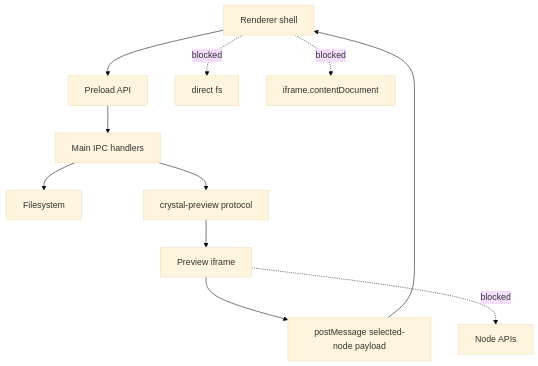
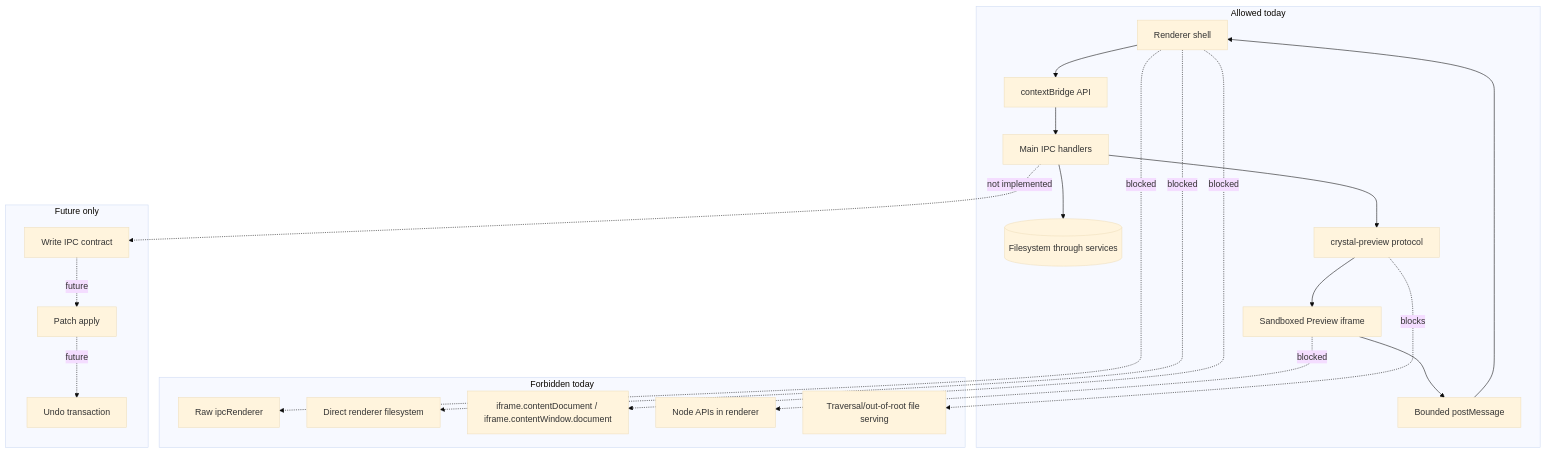
One commit to krestosa/Crystal changed the diagram in docs/architecture/security-model.md. Above: the diagram before and after it, drawn with Mermaid (base theme). The commit also changed other lines of this file and 7 other files, not shown here.

Commit message:
Improve architecture docs visual structure

````diff
--- a/docs/architecture/security-model.md
+++ b/docs/architecture/security-model.md
@@ -15,13 +70,35 @@
 ```mermaid
 flowchart TD
-  Renderer[Renderer shell] --> Preload[Preload API]
-  Preload --> Main[Main IPC handlers]
-  Main --> FS[Filesystem]
-  Main --> PreviewProtocol[crystal-preview protocol]
-  PreviewProtocol --> PreviewFrame[Preview iframe]
-  PreviewFrame --> SelectionMessage[postMessage selected-node payload]
-  SelectionMessage --> Renderer
-  Renderer -. blocked .-> DirectFS[direct fs]
-  Renderer -. blocked .-> LiveDOM[iframe.contentDocument]
-  PreviewFrame -. blocked .-> Node[Node APIs]
+  subgraph Allowed[Allowed today]
+    Renderer[Renderer shell] --> Preload[contextBridge API]
+    Preload --> Main[Main IPC handlers]
+    Main --> FS[(Filesystem through services)]
+    Main --> Protocol[crystal-preview protocol]
+    Protocol --> Iframe[Sandboxed Preview iframe]
+    Iframe --> Message[Bounded postMessage]
+    Message --> Renderer
+  end
+
+  subgraph Forbidden[Forbidden today]
+    RawIPC[Raw ipcRenderer]
+    DirectFS[Direct renderer filesystem]
+    IframeDOM[iframe.contentDocument / iframe.contentWindow.document]
+    NodeAPI[Node APIs in renderer]
+    Traversal[Traversal/out-of-root file serving]
+  end
+
+  subgraph FutureOnly[Future only]
+    WriteIPC[Write IPC contract]
+    PatchApply[Patch apply]
+    Undo[Undo transaction]
+  end
+
+  Renderer -. blocked .-> RawIPC
+  Renderer -. blocked .-> DirectFS
+  Renderer -. blocked .-> IframeDOM
+  Iframe -. blocked .-> NodeAPI
+  Protocol -. blocks .-> Traversal
+  Main -. not implemented .-> WriteIPC
+  WriteIPC -. future .-> PatchApply
+  PatchApply -. future .-> Undo
 ```
````
